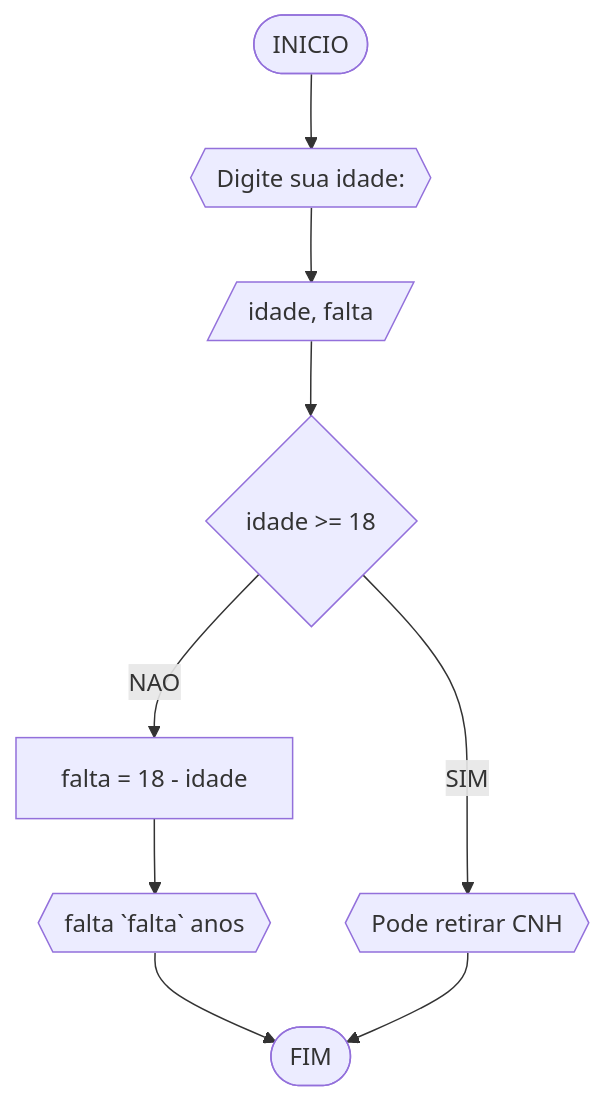
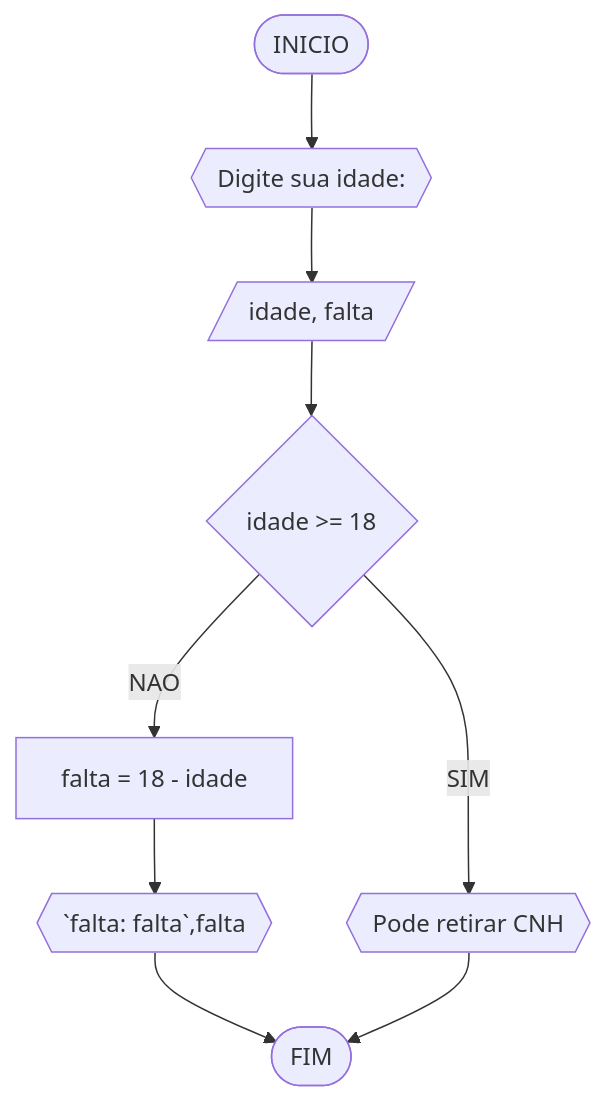
Before and after one commit to AlissonFT2/unifor: the fourth of 4 diagrams in RLA/unidade1/lista1.md, drawn with Mermaid. The commit also changed other lines of this file, not shown here.

````diff
--- a/RLA/unidade1/lista1.md
+++ b/RLA/unidade1/lista1.md
@@ -136,11 +144,10 @@
 ```mermaid
 flowchart TD
 A([INICIO]) --> B{{Digite sua idade: }} 
 B --> C[/idade, falta/]
 C --> D{idade >= 18}
 D --NAO--> E[falta = 18 - idade]
 D --SIM--> F{{Pode retirar CNH}}
-E --> G{{falta `falta` anos}}
-G & F --> H([FIM]) 
-
+E --> G{{`falta: falta`,falta}}
+G & F --> H([FIM])
 ```
````
